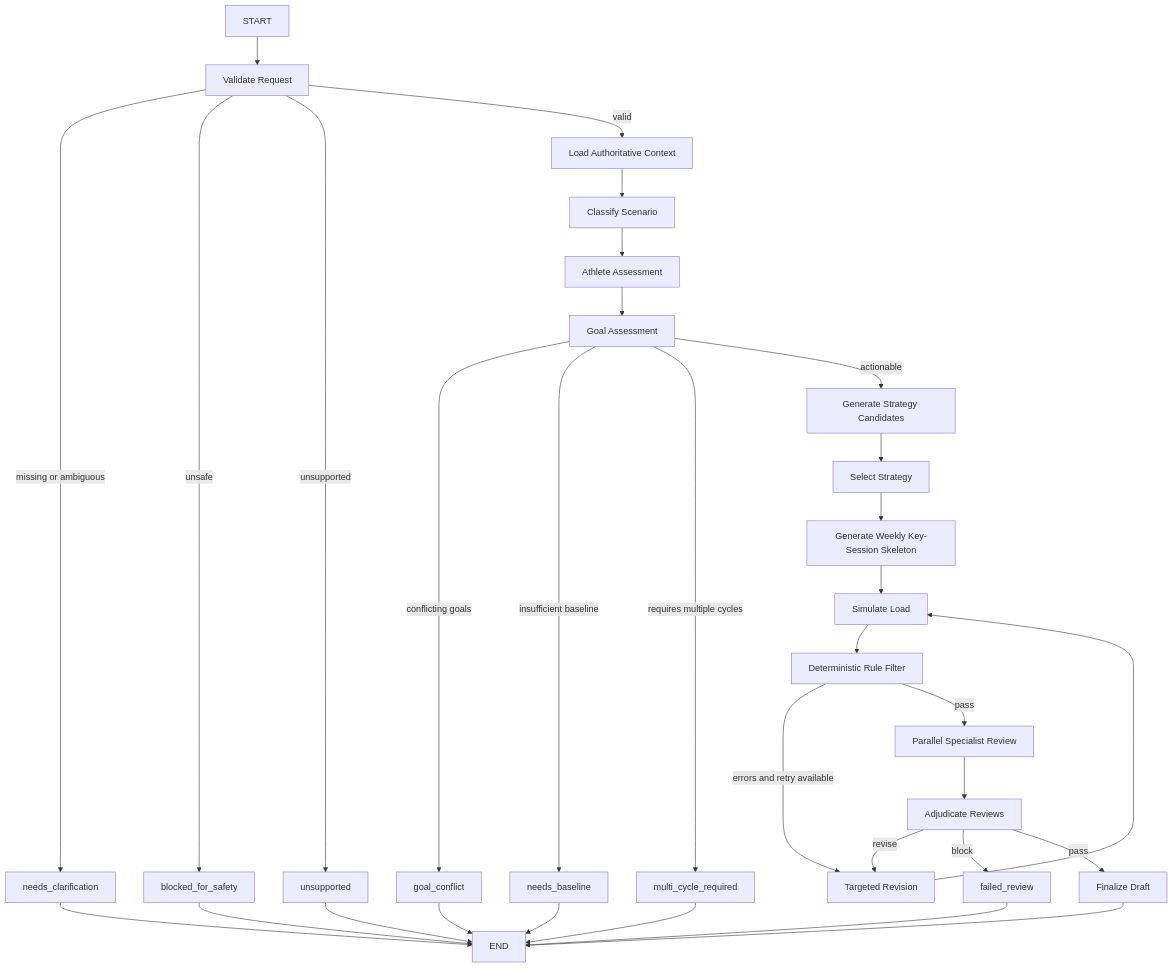
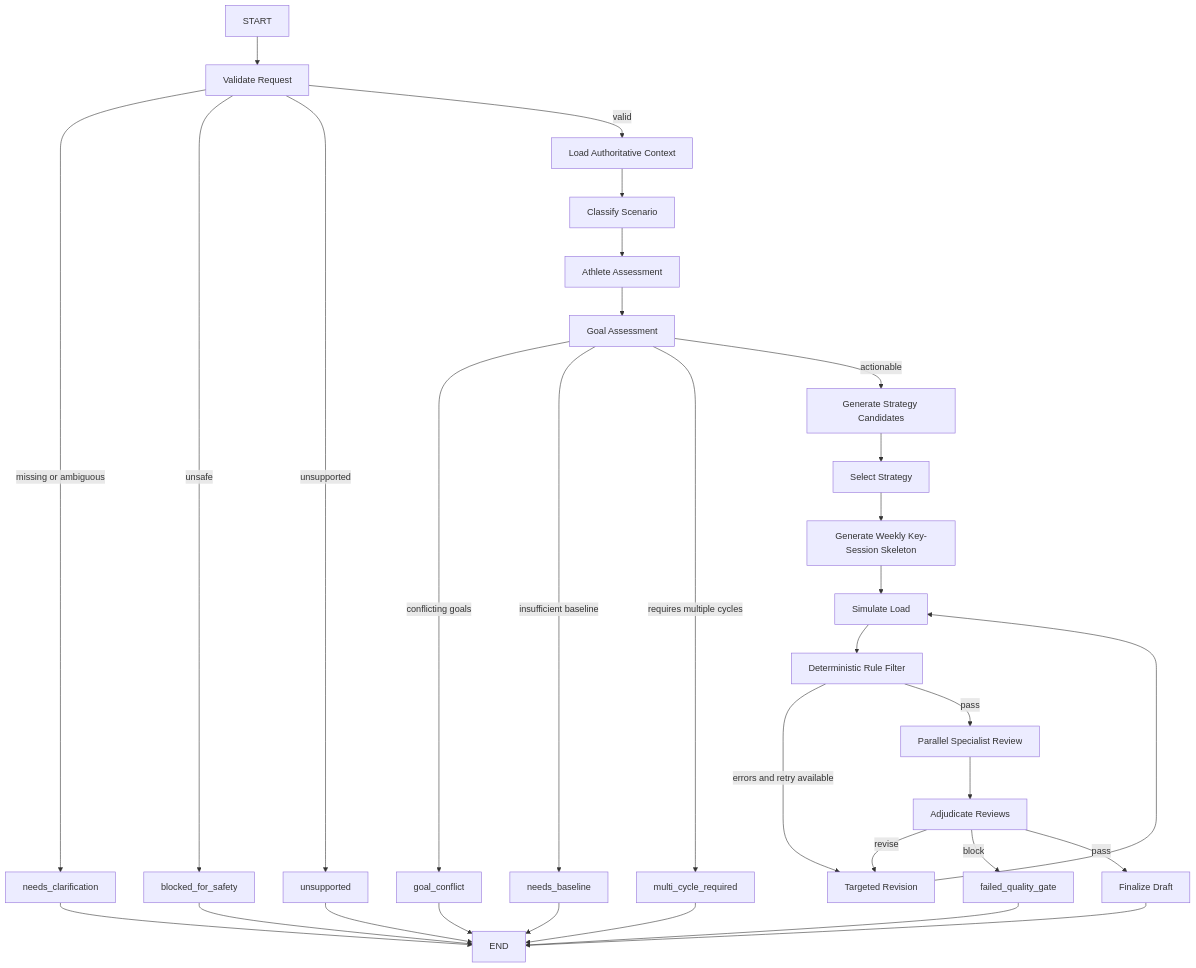
The second of 2 diagrams in docs/coach_agent/architecture.md (zhaochy1990/running), drawn with Mermaid before and after one commit. The commit also changed other lines of this file and 3 other files, not shown here.

````diff
--- a/docs/coach_agent/architecture.md
+++ b/docs/coach_agent/architecture.md
@@ -131,39 +132,39 @@
 ```mermaid
 flowchart TD
     START --> VR[Validate Request]
     VR -->|missing or ambiguous| NC[needs_clarification]
     VR -->|unsafe| BS[blocked_for_safety]
     VR -->|unsupported| US[unsupported]
     VR -->|valid| LC[Load Authoritative Context]
 
     LC --> CA[Classify Scenario]
     CA --> AA[Athlete Assessment]
     AA --> GA[Goal Assessment]
 
     GA -->|conflicting goals| GC[goal_conflict]
     GA -->|insufficient baseline| NB[needs_baseline]
     GA -->|requires multiple cycles| MC[multi_cycle_required]
     GA -->|actionable| GS[Generate Strategy Candidates]
 
     GS --> SS[Select Strategy]
     SS --> SK[Generate Weekly Key-Session Skeleton]
     SK --> SL[Simulate Load]
     SL --> RF[Deterministic Rule Filter]
 
     RF -->|errors and retry available| RV[Targeted Revision]
     RF -->|pass| PR[Parallel Specialist Review]
     PR --> AD[Adjudicate Reviews]
     AD -->|revise| RV
-    AD -->|block| FR[failed_review]
+    AD -->|block| FR[failed_quality_gate]
     AD -->|pass| FN[Finalize Draft]
     RV --> SL
 
     FN --> END
     NC --> END
     BS --> END
     US --> END
     GC --> END
     NB --> END
     MC --> END
     FR --> END
 ```
````
